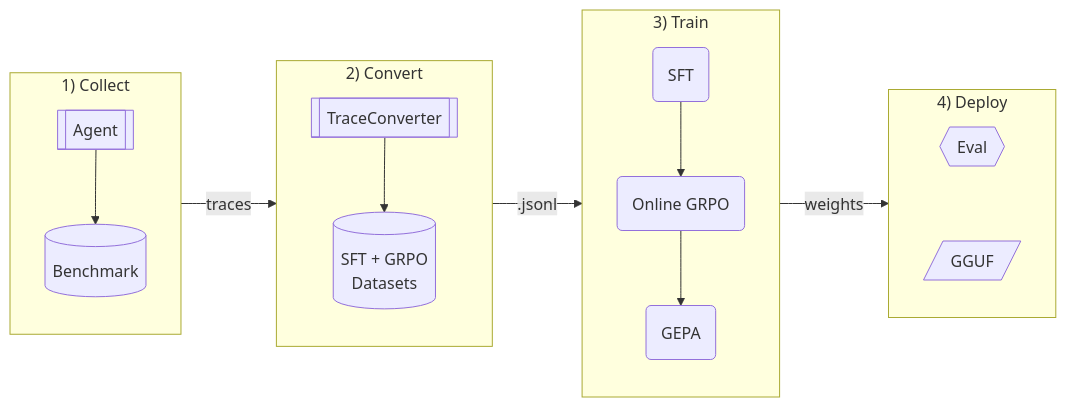
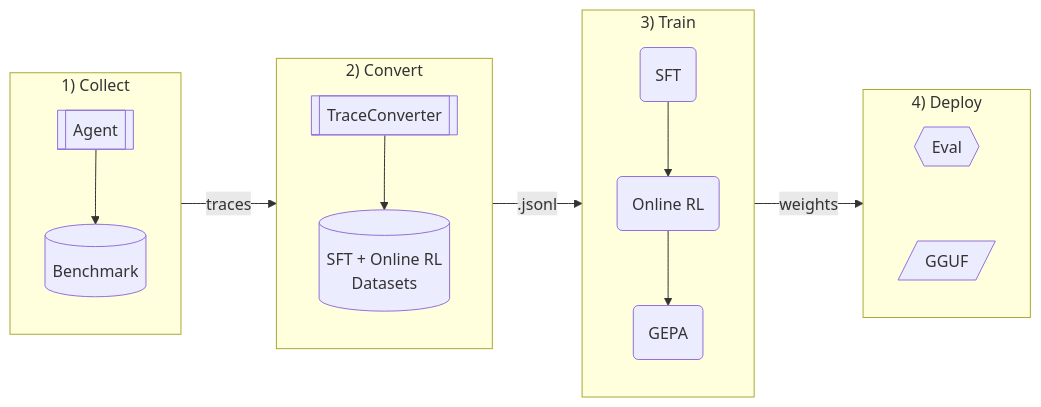
The diagram in README.md (westonbrown/open-trajectory-gym), drawn with Mermaid before and after one commit. The commit also changed other lines of this file and 13 other files, not shown here.

````diff
--- a/README.md
+++ b/README.md
@@ -25,20 +25,20 @@
 ```mermaid
 flowchart LR
     subgraph collect["1) Collect"]
         Agent[["Agent"]] --> Targets[("Benchmark")]
     end
 
     subgraph convert["2) Convert"]
-        Converter[["TraceConverter"]] --> Data[("SFT + GRPO<br/>Datasets")]
+        Converter[["TraceConverter"]] --> Data[("SFT + Online RL<br/>Datasets")]
     end
 
     subgraph train["3) Train"]
-        SFT("SFT") --> GRPO("Online GRPO") --> GEPA("GEPA")
+        SFT("SFT") --> Online_RL("Online RL") --> GEPA("GEPA")
     end
 
     subgraph deploy["4) Deploy"]
         Eval{{"Eval"}} ~~~ Export[/"GGUF"/]
     end
 
     collect -->|traces| convert -->|.jsonl| train -->|weights| deploy
 ```
````
